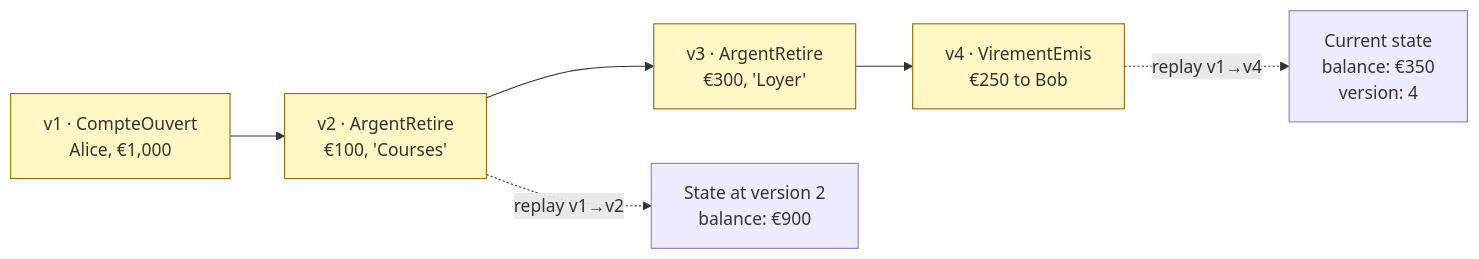
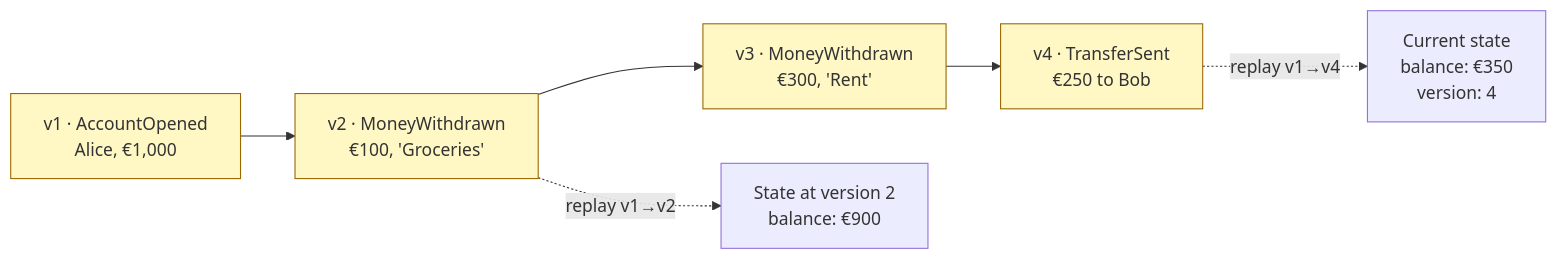
The first of 4 diagrams in Docs/en/10-event-sourcing.md (drangoht/ArchitecturesDemo), drawn with Mermaid before and after one commit. The commit also changed other lines of this file and 78 other files, not shown here.

First line of the commit message:
Docs EN : identifiants, liens, diagrammes et sorties alignés sur le code anglais

````diff
--- a/Docs/en/10-event-sourcing.md
+++ b/Docs/en/10-event-sourcing.md
@@ -17,11 +17,11 @@
 ```mermaid
 flowchart LR
-    E1["v1 · CompteOuvert<br/>Alice, €1,000"] --> E2["v2 · ArgentRetire<br/>€100, 'Courses'"]
-    E2 --> E3["v3 · ArgentRetire<br/>€300, 'Loyer'"]
-    E3 --> E4["v4 · VirementEmis<br/>€250 to Bob"]
+    E1["v1 · AccountOpened<br/>Alice, €1,000"] --> E2["v2 · MoneyWithdrawn<br/>€100, 'Groceries'"]
+    E2 --> E3["v3 · MoneyWithdrawn<br/>€300, 'Rent'"]
+    E3 --> E4["v4 · TransferSent<br/>€250 to Bob"]
     E4 -. "replay v1→v4" .-> S["Current state<br/>balance: €350<br/>version: 4"]
     E2 -. "replay v1→v2" .-> T["State at version 2<br/>balance: €900"]
 
     classDef evt fill:#fff8c5,stroke:#9a6700
     class E1,E2,E3,E4 evt
 ```
````
